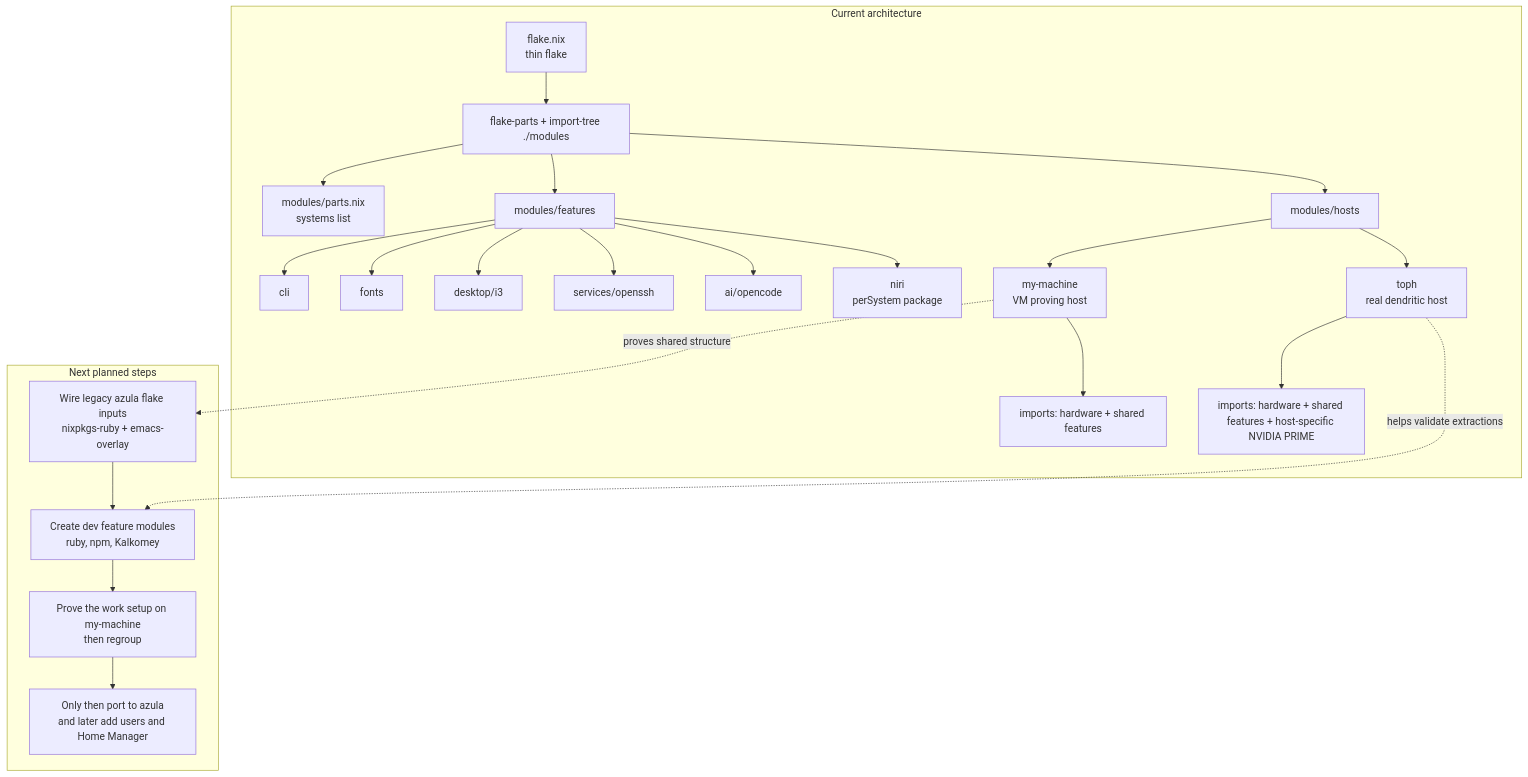
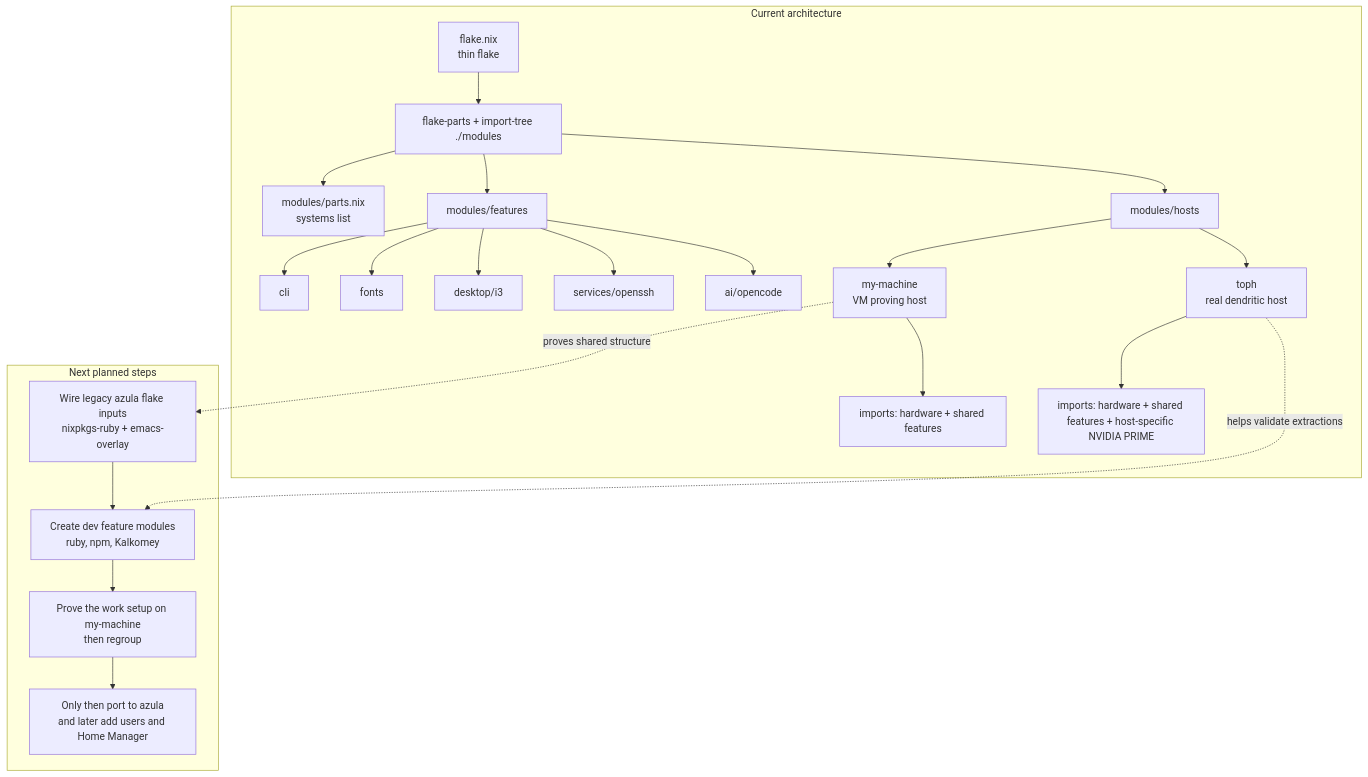
Before and after one commit to iachettifederico/myNixOS: the diagram in docs/azula-dendritic-migration-plan.md, drawn with Mermaid. The commit also changed other lines of this file and 4 other files, not shown here.

````diff
--- a/docs/azula-dendritic-migration-plan.md
+++ b/docs/azula-dendritic-migration-plan.md
@@ -129,34 +129,33 @@
 ```mermaid
 flowchart TD
   subgraph Current["Current architecture"]
     F["flake.nix<br/>thin flake"] --> P["flake-parts + import-tree ./modules"]
     P --> S["modules/parts.nix<br/>systems list"]
     P --> FE["modules/features"]
     P --> HO["modules/hosts"]
 
     FE --> CLI["cli"]
     FE --> FO["fonts"]
     FE --> I3["desktop/i3"]
     FE --> SSH["services/openssh"]
     FE --> OC["ai/opencode"]
-    FE --> NI["niri<br/>perSystem package"]
 
     HO --> MM["my-machine<br/>VM proving host"]
     HO --> TO["toph<br/>real dendritic host"]
 
     MM --> MMF["imports: hardware + shared features"]
     TO --> TOF["imports: hardware + shared features + host-specific NVIDIA PRIME"]
   end
 
   subgraph Next["Next planned steps"]
     N1["Wire legacy azula flake inputs<br/>nixpkgs-ruby + emacs-overlay"]
     N2["Create dev feature modules<br/>ruby, npm, Kalkomey"]
     N3["Prove the work setup on my-machine<br/>then regroup"]
     N4["Only then port to azula<br/>and later add users and Home Manager"]
 
     N1 --> N2 --> N3 --> N4
   end
 
   MM -. proves shared structure .-> N1
   TO -. helps validate extractions .-> N2
 ```
````
